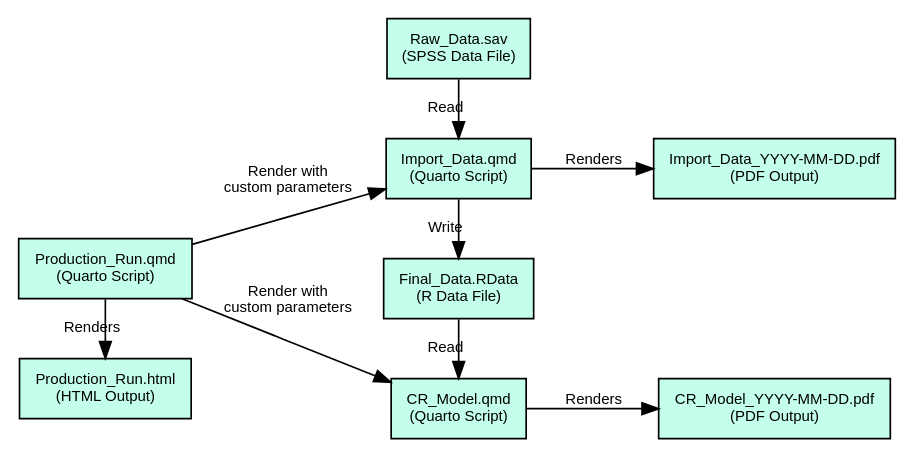
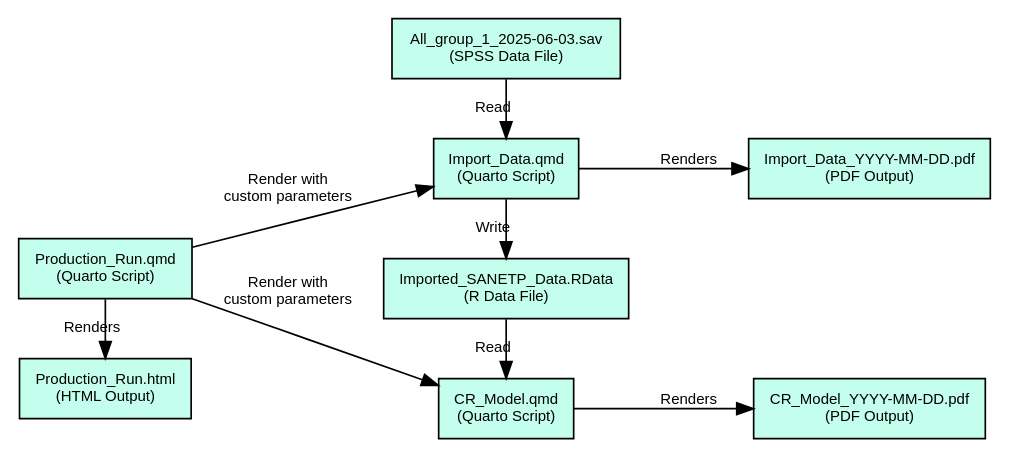
One commit to sjpierce/SANETPA changed the diagram in scripts/Production_Run.qmd. Above: the diagram before and after it, drawn with Graphviz.

Commit message:
Updated data flow diagram.

````diff
--- a/scripts/Production_Run.qmd
+++ b/scripts/Production_Run.qmd
@@ -111,33 +111,33 @@
 ```{dot}
 //| label: fig-production
 //| fig-cap: "Data Flow Diagram"
 //| fig-width: 7
 //| fig-height: 3.5
 
 digraph Production {
 rankdir="LR";
 
 node [shape = "box", style= "filled", fontname = "Arial", fontsize = 9, fillcolor = "#C3FFEC"]
 Script2 [label = "CR_Model.qmd\n(Quarto Script)"]
 HTML2 [label = "CR_Model_YYYY-MM-DD.pdf\n(PDF Output)"]
 Script1 [label = "Import_Data.qmd\n(Quarto Script)"]
-RawData [label = "Raw_Data.sav\n(SPSS Data File)"]
-FinalData [label = "Final_Data.RData\n(R Data File)"]
+RawData [label = "All_group_1_2025-06-03.sav\n(SPSS Data File)"]
+FinalData [label = "Imported_SANETP_Data.RData\n(R Data File)"]
 HTML1 [label = "Import_Data_YYYY-MM-DD.pdf\n(PDF Output)"]
 HTML0 [label = "Production_Run.html\n(HTML Output)"]
 Script0 [label = "Production_Run.qmd\n(Quarto Script)"]
 
 edge [fontname = "Arial", fontsize = 9]
 Script0 -> Script1 [label = "Render with\ncustom parameters"]
 Script0 -> Script2 [label = "Render with\ncustom parameters"]
 RawData -> Script1 [label = "Read"]
 Script0 -> HTML0 [label = "Renders"]
 Script1 -> HTML1 [label = "Renders"]
 Script1 -> FinalData [label = "Write"]
 FinalData -> Script2 [label = "Read"]
 Script2 -> HTML2 [label = "Renders"]
 
 { rank=same; RawData; Script2; Script1; FinalData}
 { rank=same; Script0; HTML0}
 }
 ```
````
